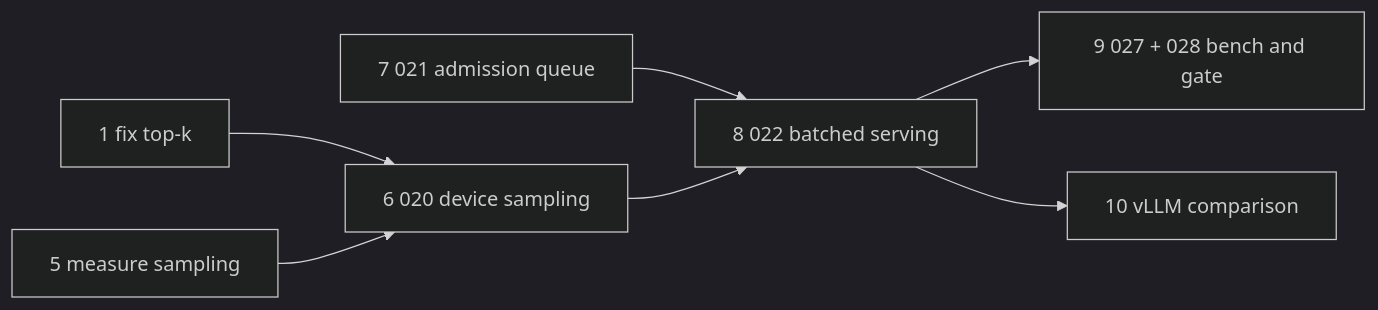
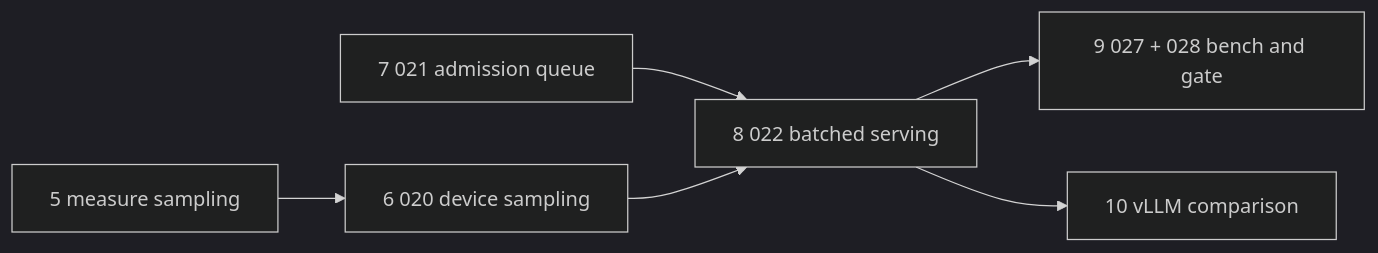
Before and after one commit to latere-ai/tgo: the second of 3 diagrams in specs/README.md, drawn with Mermaid (dark theme). The commit also changed other lines of this file and 3 other files, not shown here.

````diff
--- a/specs/README.md
+++ b/specs/README.md
@@ -228,9 +226,8 @@
 ```mermaid
 flowchart LR
-  K["1 fix top-k"] --> S["6 020 device sampling"]
-  M["5 measure sampling"] --> S
+  M["5 measure sampling"] --> S["6 020 device sampling"]
   Q["7 021 admission queue"] --> V["8 022 batched serving"]
   S --> V
   V --> B["9 027 + 028 bench and gate"]
   V --> C["10 vLLM comparison"]
 ```
````
